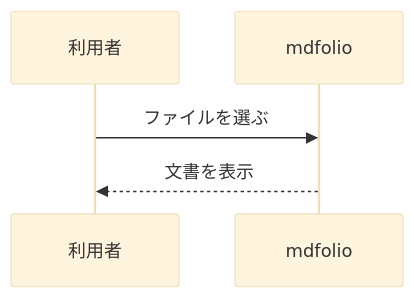
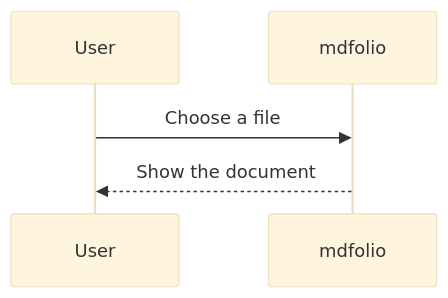
One commit to ParticlePudding/mdfolio changed the second of 2 diagrams in sample.md. Above: the diagram before and after it, drawn with Mermaid (base theme). The commit also changed other lines of this file and 41 other files, not shown here.

````diff
--- a/sample.md
+++ b/sample.md
@@ -106,7 +106,7 @@
 ```mermaid
 sequenceDiagram
-  participant U as 利用者
+  participant U as User
   participant V as mdfolio
-  U->>V: ファイルを選ぶ
-  V-->>U: 文書を表示
+  U->>V: Choose a file
+  V-->>U: Show the document
 ```
````
